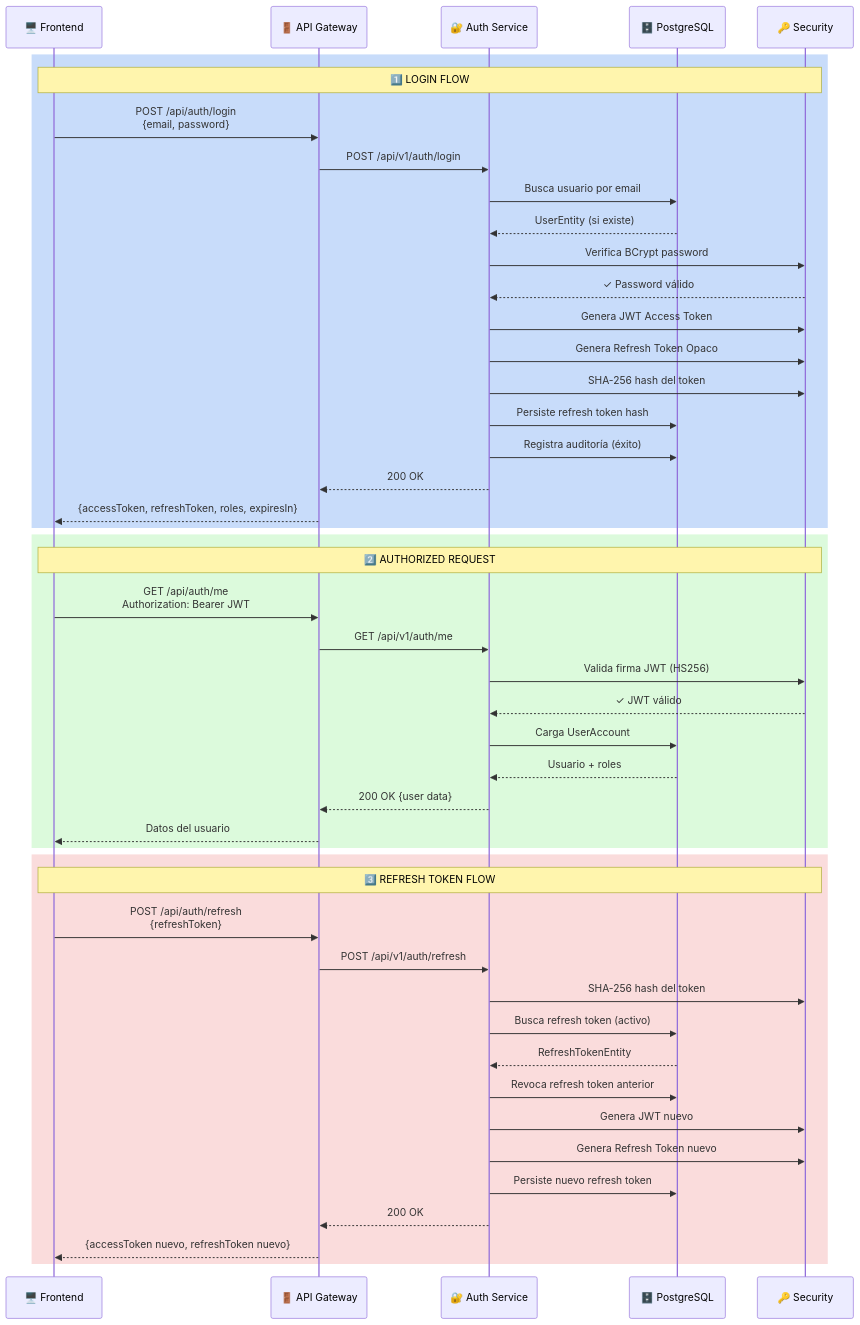
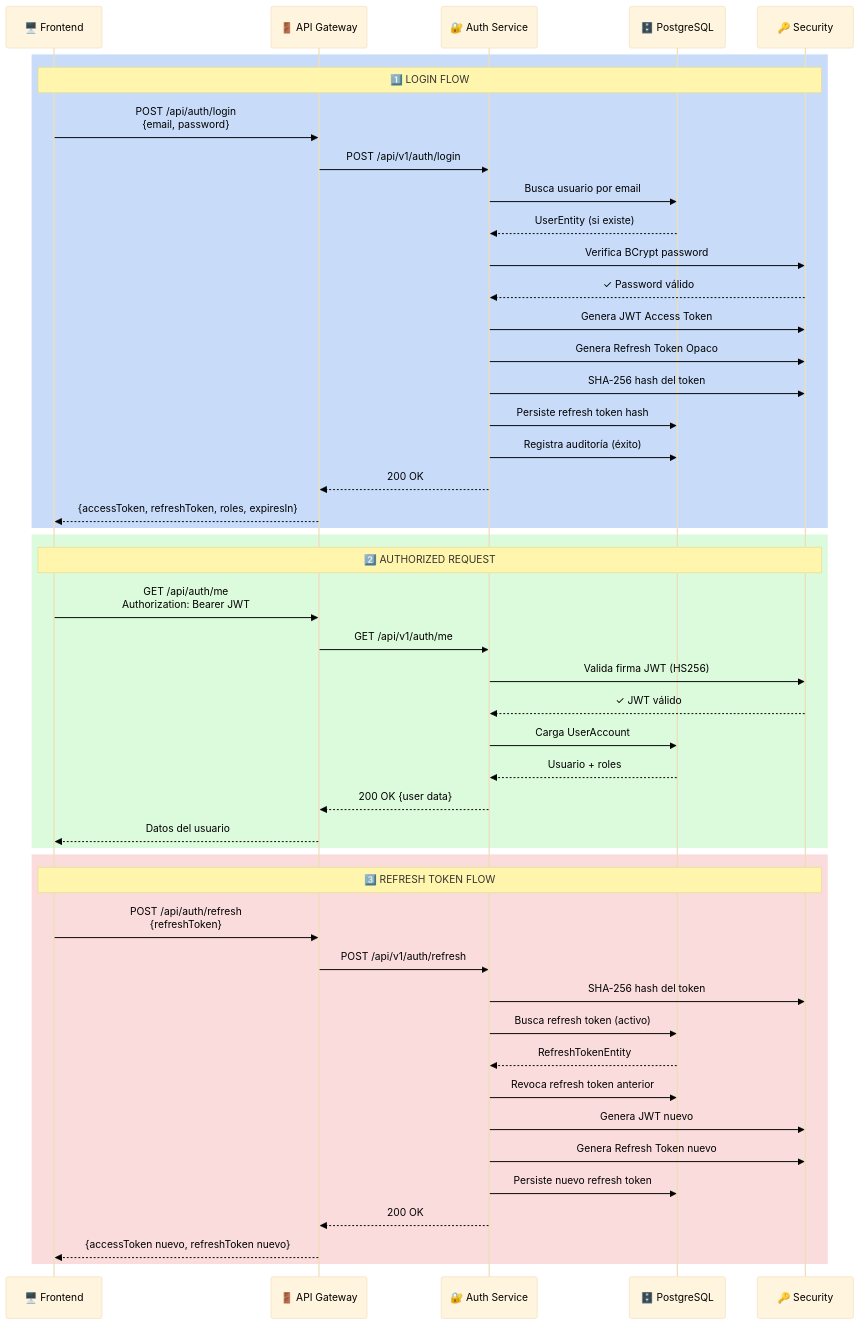
The first of 2 diagrams in README.md (PaqueTrack-Logistic/authentication-service), drawn with Mermaid before and after one commit. The commit also changed other lines of this file, not shown here.

````diff
--- a/README.md
+++ b/README.md
@@ -84,52 +83,53 @@
 ```mermaid
+%%{init: {'theme': 'base', 'themeVariables': { 'primaryTextColor': '#000000', 'secondaryTextColor': '#000000', 'tertiaryTextColor': '#000000', 'lineColor': '#000000'}}}%%
 sequenceDiagram
     participant FE as 🖥️ Frontend
     participant GW as 🚪 API Gateway
     participant AUTH as 🔐 Auth Service
     participant DB as 🗄️ PostgreSQL
     participant CRYPTO as 🔑 Security
-   
+    
     rect rgb(200, 220, 250)
     Note over FE,CRYPTO: 1️⃣ LOGIN FLOW
     FE->>GW: POST /api/auth/login<br/>{email, password}
     GW->>AUTH: POST /api/v1/auth/login
     AUTH->>DB: Busca usuario por email
     DB-->>AUTH: UserEntity (si existe)
     AUTH->>CRYPTO: Verifica BCrypt password
     CRYPTO-->>AUTH: ✓ Password válido
     AUTH->>CRYPTO: Genera JWT Access Token
     AUTH->>CRYPTO: Genera Refresh Token Opaco
     AUTH->>CRYPTO: SHA-256 hash del token
     AUTH->>DB: Persiste refresh token hash
     AUTH->>DB: Registra auditoría (éxito)
     AUTH-->>GW: 200 OK
     GW-->>FE: {accessToken, refreshToken, roles, expiresIn}
     end
-   
+    
     rect rgb(220, 250, 220)
     Note over FE,CRYPTO: 2️⃣ AUTHORIZED REQUEST
     FE->>GW: GET /api/auth/me<br/>Authorization: Bearer JWT
     GW->>AUTH: GET /api/v1/auth/me
     AUTH->>CRYPTO: Valida firma JWT (HS256)
     CRYPTO-->>AUTH: ✓ JWT válido
     AUTH->>DB: Carga UserAccount
     DB-->>AUTH: Usuario + roles
     AUTH-->>GW: 200 OK {user data}
     GW-->>FE: Datos del usuario
     end
-   
+    
     rect rgb(250, 220, 220)
     Note over FE,CRYPTO: 3️⃣ REFRESH TOKEN FLOW
     FE->>GW: POST /api/auth/refresh<br/>{refreshToken}
     GW->>AUTH: POST /api/v1/auth/refresh
     AUTH->>CRYPTO: SHA-256 hash del token
     AUTH->>DB: Busca refresh token (activo)
     DB-->>AUTH: RefreshTokenEntity
     AUTH->>DB: Revoca refresh token anterior
     AUTH->>CRYPTO: Genera JWT nuevo
     AUTH->>CRYPTO: Genera Refresh Token nuevo
     AUTH->>DB: Persiste nuevo refresh token
     AUTH-->>GW: 200 OK
     GW-->>FE: {accessToken nuevo, refreshToken nuevo}
     end
 ```
````
